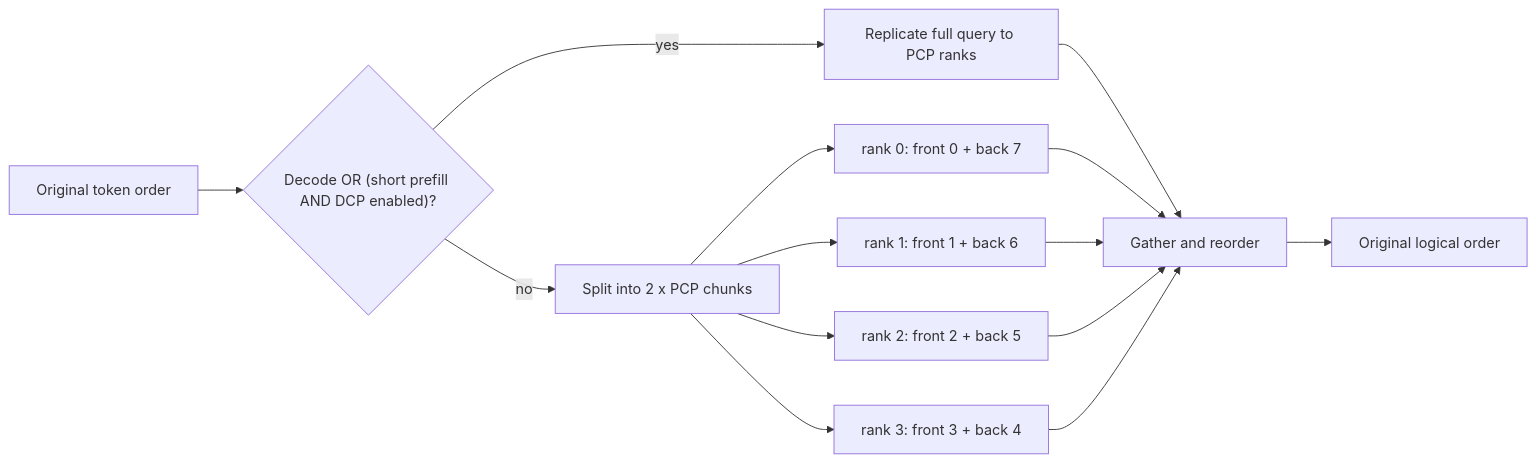
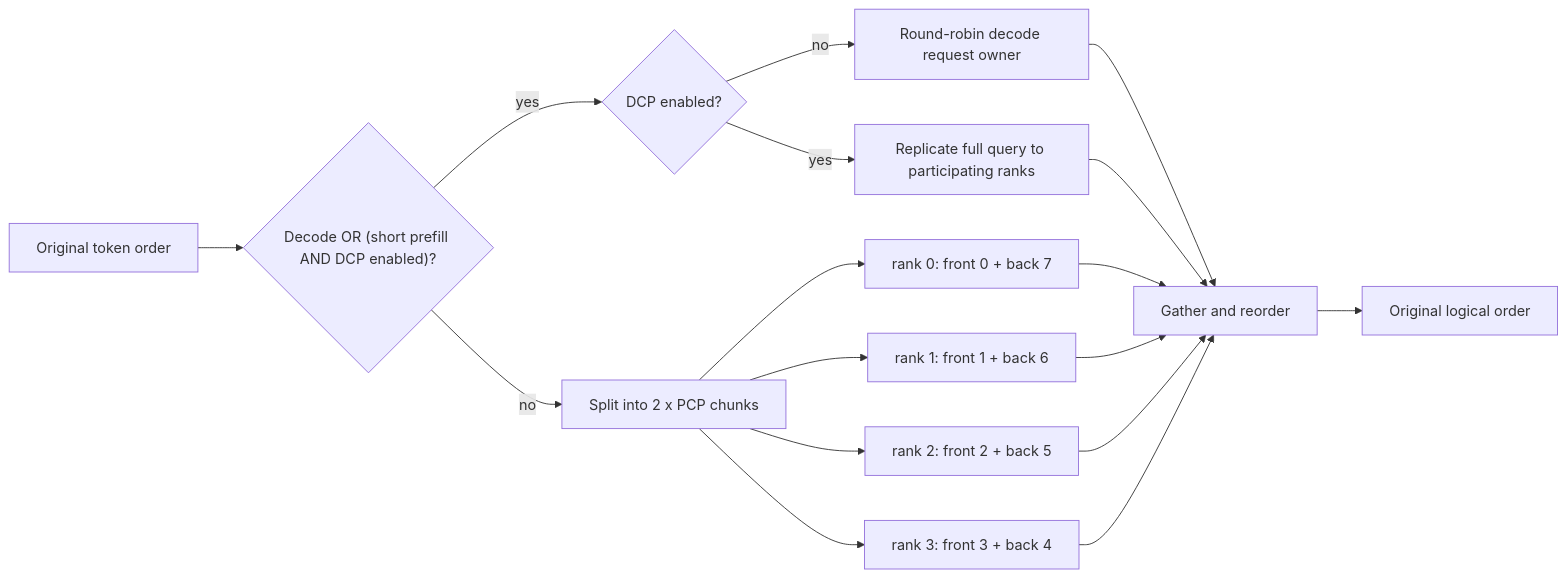
Diagram 16 of 26 in book/09-distributed/README.md (cluster1900/vllm_reader), drawn with Mermaid before and after one commit. The commit also changed other lines of this file and 37 other files, not shown here.

````diff
--- a/book/09-distributed/README.md
+++ b/book/09-distributed/README.md
@@ -890,16 +907,19 @@
 ```mermaid
 flowchart LR
     T[Original token order] --> K{"Decode OR (short prefill AND DCP enabled)?"}
     K -->|no| C[Split into 2 x PCP chunks]
-    K -->|yes| REP[Replicate full query to PCP ranks]
+    K -->|yes| DCP{DCP enabled?}
+    DCP -->|yes| REP[Replicate full query to participating ranks]
+    DCP -->|no| OWNER[Round-robin decode request owner]
+    OWNER --> G
     REP --> G[Gather and reorder]
     C --> R0[rank 0: front 0 + back 7]
     C --> R1[rank 1: front 1 + back 6]
     C --> R2[rank 2: front 2 + back 5]
     C --> R3[rank 3: front 3 + back 4]
     R0 --> G[Gather and reorder]
     R1 --> G
     R2 --> G
     R3 --> G
     G --> O[Original logical order]
 ```
````
